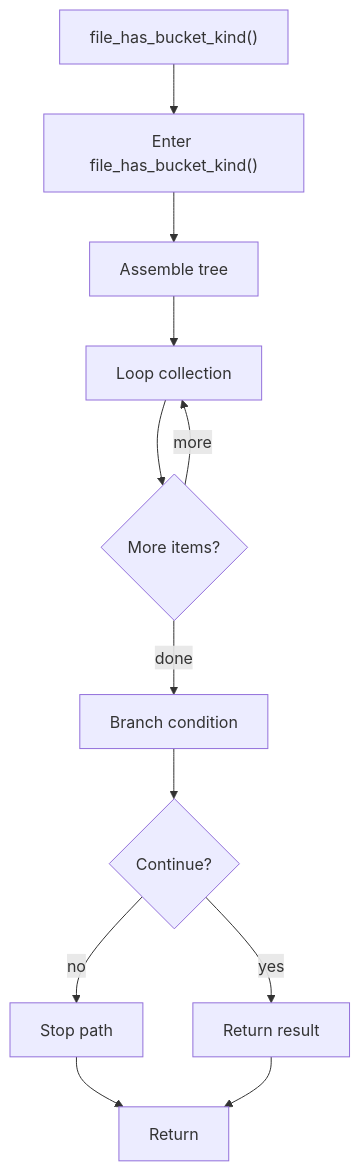
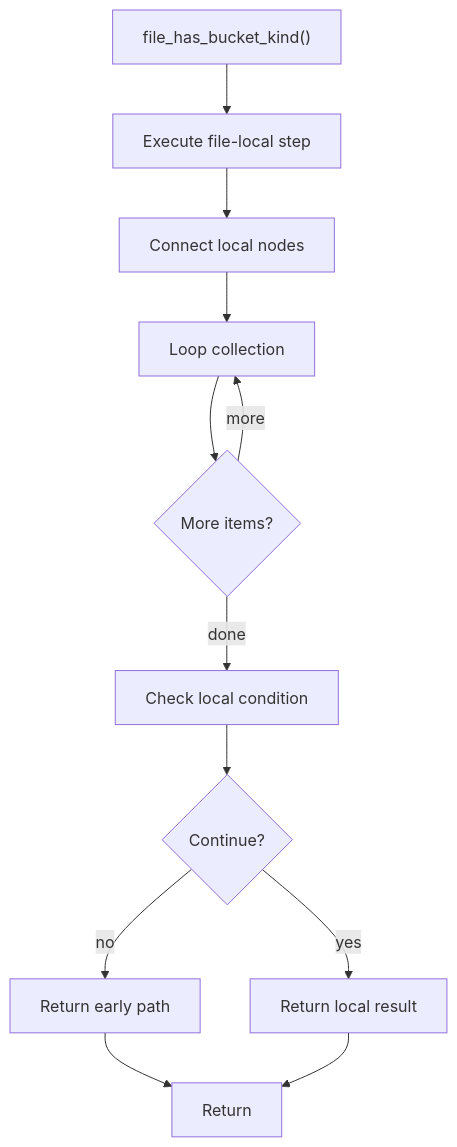
The diagram in docs/Codebase/Microservice/Modules/Source/OutputGeneration/UnitTestGeneration/file_has_bucket_kind.cpp.md (JohnAndrewBalbarosa/NeoTerritory), drawn with Mermaid before and after one commit. The commit also changed other lines of this file and 915 other files, not shown here.

````diff
--- a/docs/Codebase/Microservice/Modules/Source/OutputGeneration/UnitTestGeneration/file_has_bucket_kind.cpp.md
+++ b/docs/Codebase/Microservice/Modules/Source/OutputGeneration/UnitTestGeneration/file_has_bucket_kind.cpp.md
@@ -19,24 +19,24 @@
 ```mermaid
 flowchart TD
     Start["file_has_bucket_kind()"]
-    N0["Enter file_has_bucket_kind()"]
-    N1["Assemble tree"]
+    N0["Execute file-local step"]
+    N1["Connect local nodes"]
     N2["Loop collection"]
     L2{"More items?"}
-    N3["Branch condition"]
+    N3["Check local condition"]
     D3{"Continue?"}
-    R3["Stop path"]
-    N4["Return result"]
+    R3["Return early path"]
+    N4["Return local result"]
     End["Return"]
     Start --> N0
     N0 --> N1
     N1 --> N2
     N2 --> L2
     L2 -->|more| N2
     L2 -->|done| N3
     N3 --> D3
     D3 -->|yes| N4
     D3 -->|no| R3
     R3 --> End
     N4 --> End
 ```
````
